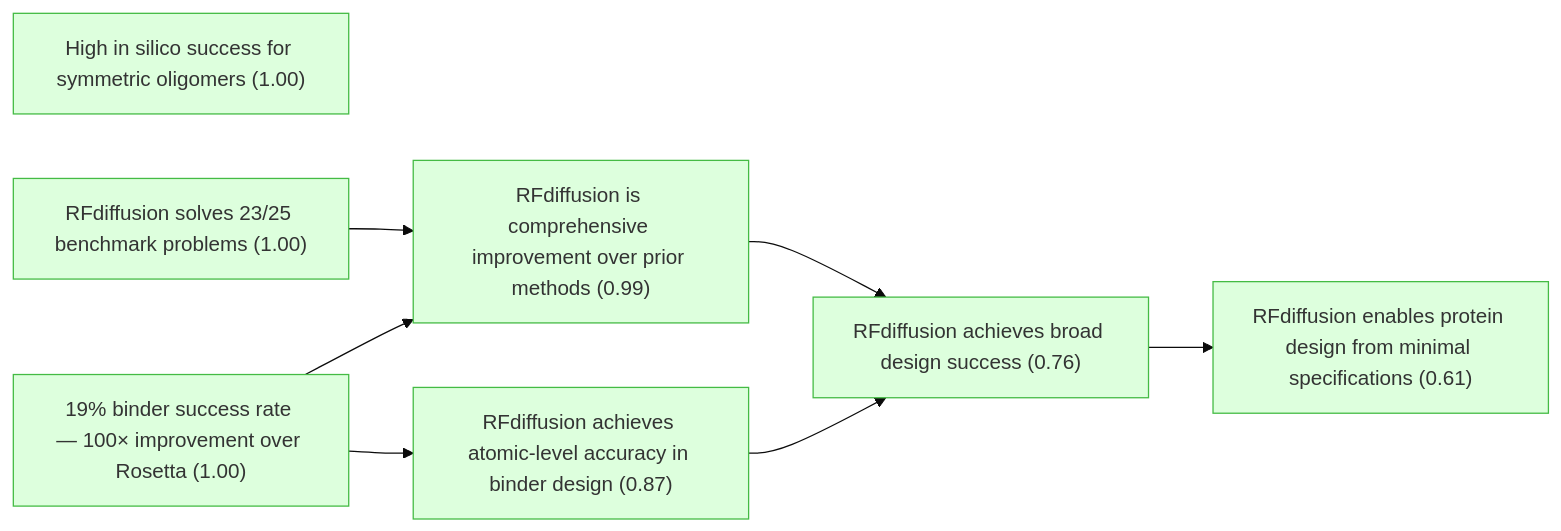
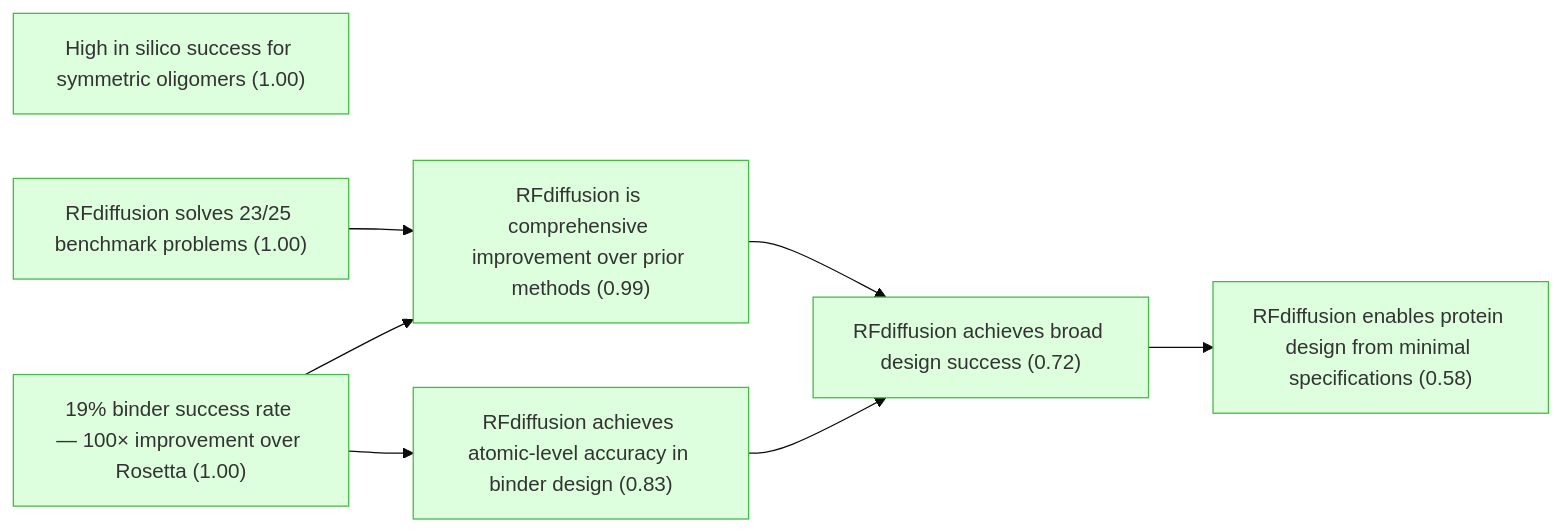
One commit to kunyuan/watson-rfdiffusion-2023-gaia changed the first of 8 diagrams in docs/detailed-reasoning.md. Above: the diagram before and after it, drawn with Mermaid (base theme). The commit also changed other lines of this file and 16 other files, not shown here.

````diff
--- a/docs/detailed-reasoning.md
+++ b/docs/detailed-reasoning.md
@@ -7,26 +7,26 @@
 ```mermaid
 graph LR
-    rfdiffusion_broad_success["RFdiffusion achieves broad design success (0.76)"]:::derived
+    rfdiffusion_broad_success["RFdiffusion achieves broad design success (0.72)"]:::derived
     symmetric_high_success["High in silico success for symmetric oligomers (1.00)"]:::derived
     rfdiffusion_benchmark_performance["RFdiffusion solves 23/25 benchmark problems (1.00)"]:::derived
     binder_success_rate["19% binder success rate — 100× improvement over Rosetta (1.00)"]:::derived
-    ha20_atomic_accuracy["RFdiffusion achieves atomic-level accuracy in binder design (0.87)"]:::derived
+    ha20_atomic_accuracy["RFdiffusion achieves atomic-level accuracy in binder design (0.83)"]:::derived
     comprehensive_improvement["RFdiffusion is comprehensive improvement over prior methods (0.99)"]:::derived
-    generality_claim["RFdiffusion enables protein design from minimal specifications (0.61)"]:::derived
+    generality_claim["RFdiffusion enables protein design from minimal specifications (0.58)"]:::derived
     binder_success_rate --> comprehensive_improvement
     binder_success_rate --> ha20_atomic_accuracy
     comprehensive_improvement --> rfdiffusion_broad_success
     ha20_atomic_accuracy --> rfdiffusion_broad_success
     rfdiffusion_benchmark_performance --> comprehensive_improvement
     rfdiffusion_broad_success --> generality_claim
 
     classDef setting fill:#f0f0f0,stroke:#999,color:#333
     classDef premise fill:#ddeeff,stroke:#4488bb,color:#333
     classDef derived fill:#ddffdd,stroke:#44bb44,color:#333
     classDef question fill:#fff3dd,stroke:#cc9944,color:#333
     classDef background fill:#f5f5f5,stroke:#bbb,stroke-dasharray: 5 5,color:#333
     classDef orphan fill:#fff,stroke:#ccc,stroke-dasharray: 5 5,color:#333
     classDef external fill:#fff,stroke:#aaa,stroke-dasharray: 3 3,color:#333
     classDef weak fill:#fff9c4,stroke:#f9a825,stroke-dasharray: 5 5,color:#333
     classDef contra fill:#ffebee,stroke:#c62828,color:#333
 ```
````
